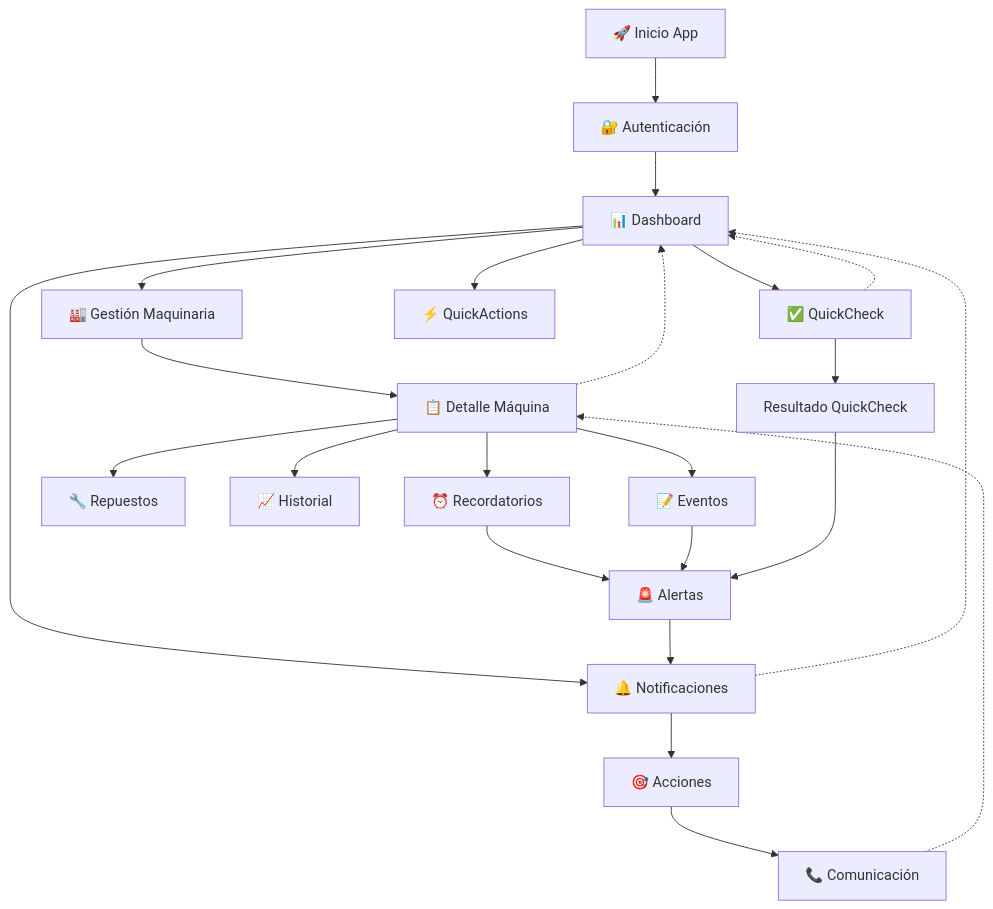
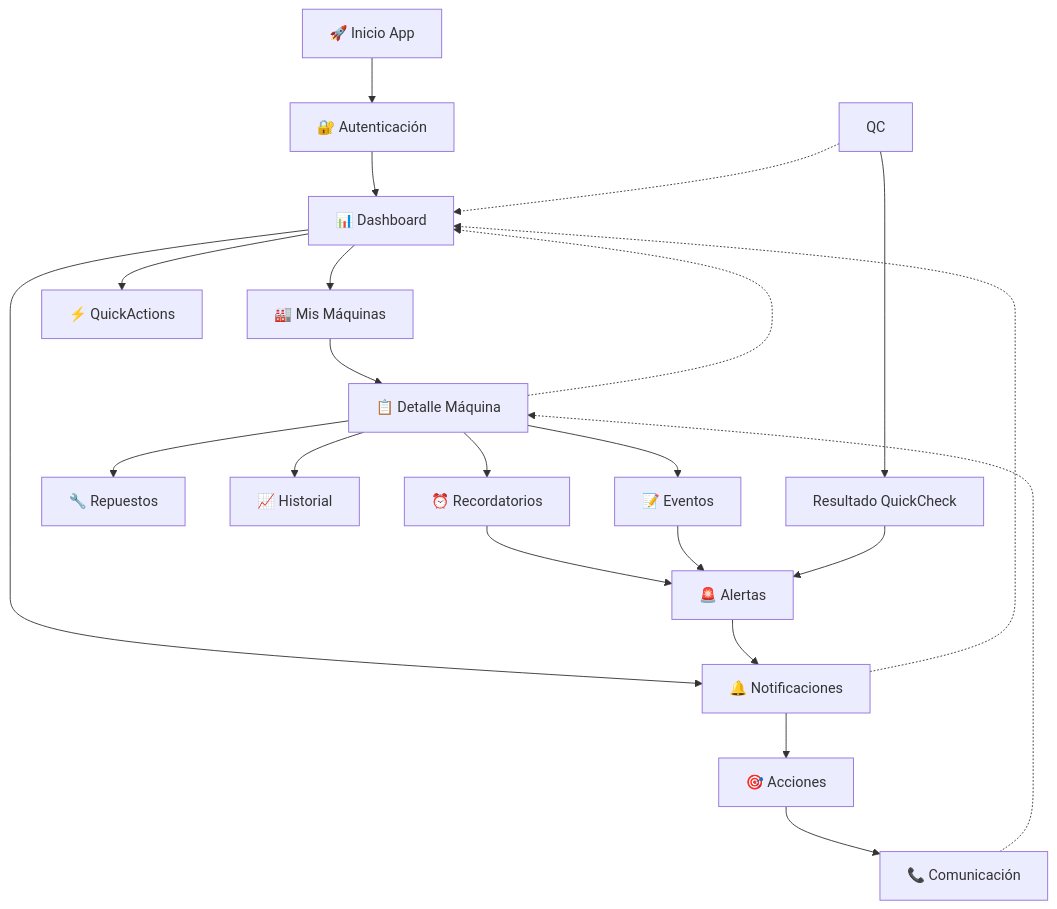
The ninth of 9 diagrams in docs/userJourney.md (MarkMed/FleetMan), drawn with Mermaid before and after one commit. The commit also changed other lines of this file, not shown here.

Commit message:
Update user journey documentation: refine authentication flow and enhance QuickActions dashboard details

````diff
--- a/docs/userJourney.md
+++ b/docs/userJourney.md
@@ -260,31 +263,30 @@
 ```mermaid
 flowchart TD
     START[🚀 Inicio App] --> AUTH[🔐 Autenticación]
     AUTH --> DASH[📊 Dashboard]
     
-    DASH --> MACHINES[🏭 Gestión Maquinaria]
-    DASH --> QC[✅ QuickCheck]
+    DASH --> MACHINES[🏭 Mis Máquinas]
     DASH --> QA[⚡ QuickActions]
     DASH --> NOTIF[🔔 Notificaciones]
     
     MACHINES --> DETAIL[📋 Detalle Máquina]
     DETAIL --> REMINDERS[⏰ Recordatorios]
     DETAIL --> SPARES[🔧 Repuestos]
     DETAIL --> HISTORY[📈 Historial]
     DETAIL --> EVENTS[📝 Eventos]
     
     QC --> QC_RESULT[Resultado QuickCheck]
     REMINDERS --> ALERTS[🚨 Alertas]
     EVENTS --> ALERTS
     QC_RESULT --> ALERTS
     
     ALERTS --> NOTIF
     NOTIF --> ACTIONS[🎯 Acciones]
     ACTIONS --> CONTACT[📞 Comunicación]
     
     %% Navegación de retorno
     DETAIL -.-> DASH
     NOTIF -.-> DASH
     QC -.-> DASH
     CONTACT -.-> DETAIL
 ```
````
